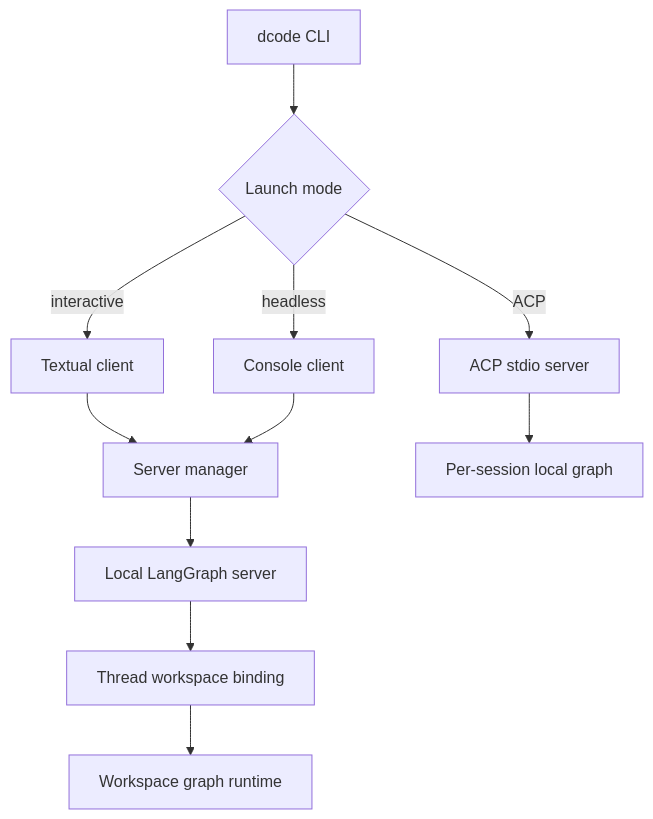
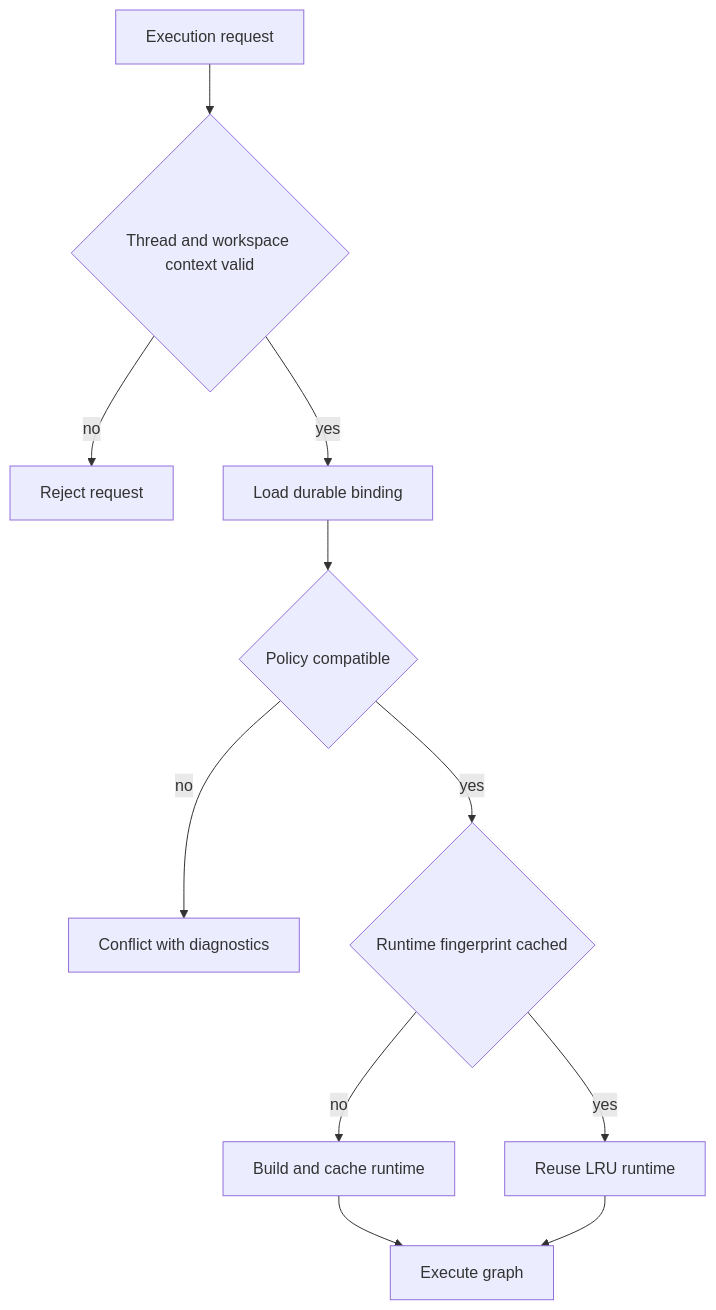
One commit to langchain-ai/deepagents changed the second of 2 diagrams in openwiki/architecture/code-agent.md. Above: the diagram before and after it, drawn with Mermaid. The commit also changed other lines of this file and 41 other files, not shown here.

````diff
--- a/openwiki/architecture/code-agent.md
+++ b/openwiki/architecture/code-agent.md
@@ -57,13 +97,13 @@
 ```mermaid
 flowchart TD
-    CLI["dcode CLI"] --> Mode{"Launch mode"}
-    Mode -->|"interactive"| TUI["Textual client"]
-    Mode -->|"headless"| Headless["Console client"]
-    TUI --> Manager["Server manager"]
-    Headless --> Manager
-    Manager --> Server["Local LangGraph server"]
-    Server --> Bind["Thread workspace binding"]
-    Bind --> Runtime["Workspace graph runtime"]
-    Mode -->|"ACP"| ACP["ACP stdio server"]
-    ACP --> LocalGraph["Per-session local graph"]
+    Request["Execution request"] --> Context{"Thread and workspace context valid"}
+    Context -->|"no"| Reject["Reject request"]
+    Context -->|"yes"| Binding["Load durable binding"]
+    Binding --> Policy{"Policy compatible"}
+    Policy -->|"no"| Conflict["Conflict with diagnostics"]
+    Policy -->|"yes"| Runtime{"Runtime fingerprint cached"}
+    Runtime -->|"yes"| Reuse["Reuse LRU runtime"]
+    Runtime -->|"no"| Build["Build and cache runtime"]
+    Build --> Graph["Execute graph"]
+    Reuse --> Graph
 ```
````
